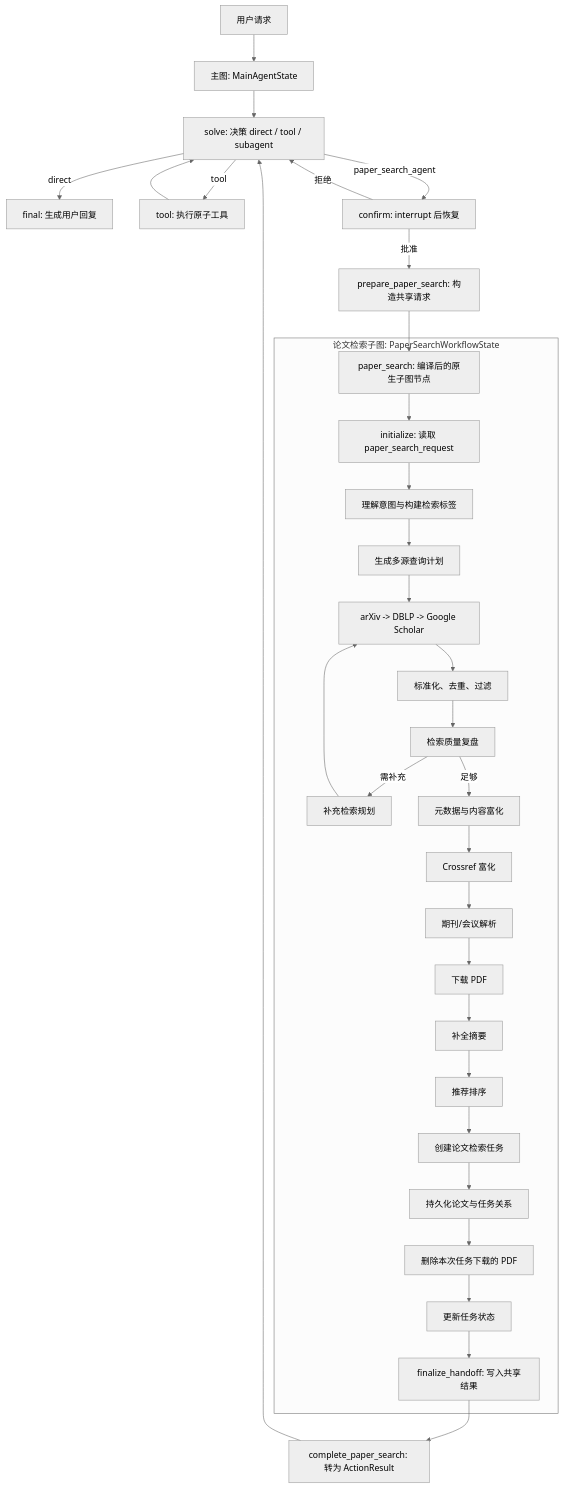
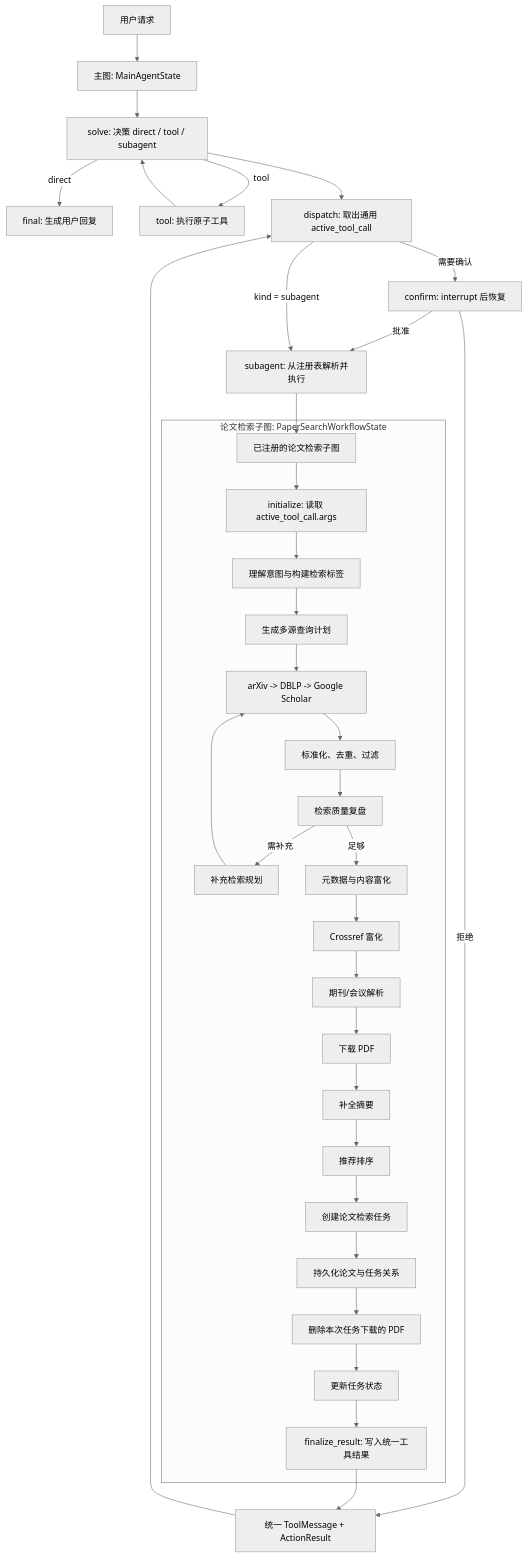
Before and after one commit to yuanlang1/paper-collector-agent: the diagram in docs/workflow-architecture.mmd, drawn with Mermaid (neutral theme). The commit also changed 33 other files, not shown here.

```diff
--- a/docs/workflow-architecture.mmd
+++ b/docs/workflow-architecture.mmd
@@ -1,36 +1,38 @@
 flowchart TD
     U["用户请求"] --> MG["主图: MainAgentState"]
     MG --> S["solve: 决策 direct / tool / subagent"]
     S -->|"direct"| FIN["final: 生成用户回复"]
     S -->|"tool"| TOOL["tool: 执行原子工具"]
     TOOL --> S
 
-    S -->|"paper_search_agent"| C["confirm: interrupt 后恢复"]
-    C -->|"拒绝"| S
-    C -->|"批准"| PREP["prepare_paper_search: 构造共享请求"]
-    PREP --> PSG["paper_search: 编译后的原生子图节点"]
+    S --> D["dispatch: 取出通用 active_tool_call"]
+    D -->|"需要确认"| C["confirm: interrupt 后恢复"]
+    C -->|"批准"| SUB
+    C -->|"拒绝"| RESULT["统一 ToolMessage + ActionResult"]
+    D -->|"kind = subagent"| SUB["subagent: 从注册表解析并执行"]
+    SUB --> PSG["已注册的论文检索子图"]
 
     subgraph PAPER_SEARCH["论文检索子图: PaperSearchWorkflowState"]
-        PSG --> INIT["initialize: 读取 paper_search_request"]
+        PSG --> INIT["initialize: 读取 active_tool_call.args"]
         INIT --> I["理解意图与构建检索标签"]
         I --> Q["生成多源查询计划"]
         Q --> A["arXiv -> DBLP -> Google Scholar"]
         A --> F["标准化、去重、过滤"]
         F --> RV["检索质量复盘"]
         RV -->|"需补充"| SP["补充检索规划"]
         SP --> A
         RV -->|"足够"| E["元数据与内容富化"]
         E --> CR["Crossref 富化"]
         CR --> V["期刊/会议解析"]
         V --> P["下载 PDF"]
         P --> AB["补全摘要"]
         AB --> RE["推荐排序"]
         RE --> T["创建论文检索任务"]
         T --> PE["持久化论文与任务关系"]
         PE --> CLEAN["删除本次任务下载的 PDF"]
         CLEAN --> TS["更新任务状态"]
-        TS --> H["finalize_handoff: 写入共享结果"]
+        TS --> H["finalize_result: 写入统一工具结果"]
     end
 
-    H --> COMPLETE["complete_paper_search: 转为 ActionResult"]
-    COMPLETE --> S
+    H --> RESULT
+    RESULT --> D
```
